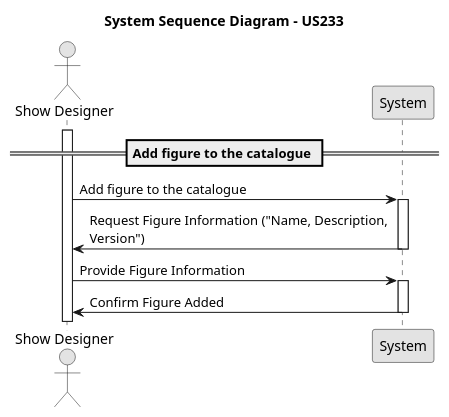
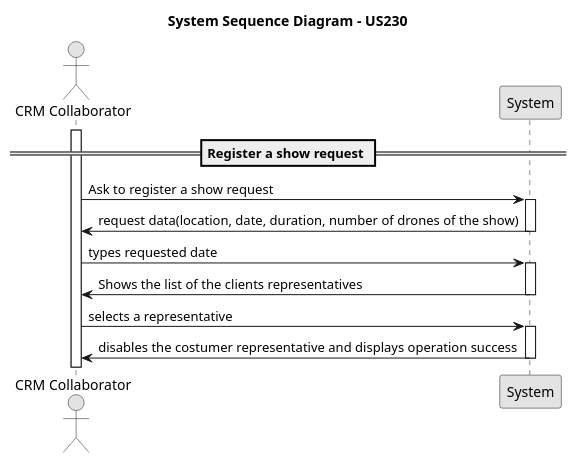
Before and after one commit to rubenFreitas1/ISEP-LAPR4-2024-2025: the diagram in docs/Sprint2/us_230/diagrams/system-sequence-diagram-US230.puml, drawn with PlantUML. The commit also changed 3 other files, not shown here.

```diff
--- a/docs/Sprint2/us_230/diagrams/system-sequence-diagram-US230.puml
+++ b/docs/Sprint2/us_230/diagrams/system-sequence-diagram-US230.puml
@@ -1,28 +1,32 @@
 @startuml
 skinparam monochrome true
 skinparam packageStyle rectangle
 skinparam shadowing false
 
-actor "Show Designer" as showDesigner
+actor "CRM Collaborator" as crmCollaborator
 participant "System" as system
 
-title System Sequence Diagram - US233
+title System Sequence Diagram - US230
 
-== Add figure to the catalogue ==
-activate showDesigner
+ == Register a show request ==
+ activate crmCollaborator
 
-showDesigner -> system : Add figure to the catalogue
-activate system
+     crmCollaborator -> system : Ask to register a show request
+     activate system
 
-system -> showDesigner : Request Figure Information ("Name, Description, \nVersion")
-deactivate system
-showDesigner -> system : Provide Figure Information
+         system -> crmCollaborator : request data(location, date, duration, number of drones of the show)
+     deactivate system
 
-activate system
+     crmCollaborator -> system : types requested date
+     activate system
 
-system -> showDesigner : Confirm Figure Added
-deactivate system
+         system -> crmCollaborator : Shows the list of the clients representatives
+     deactivate system
 
+     crmCollaborator -> system : selects a representative
+     activate system
 
+         system -> crmCollaborator : disables the costumer representative and displays operation success
+     deactivate system
 
-@enduml
+ @enduml
```
